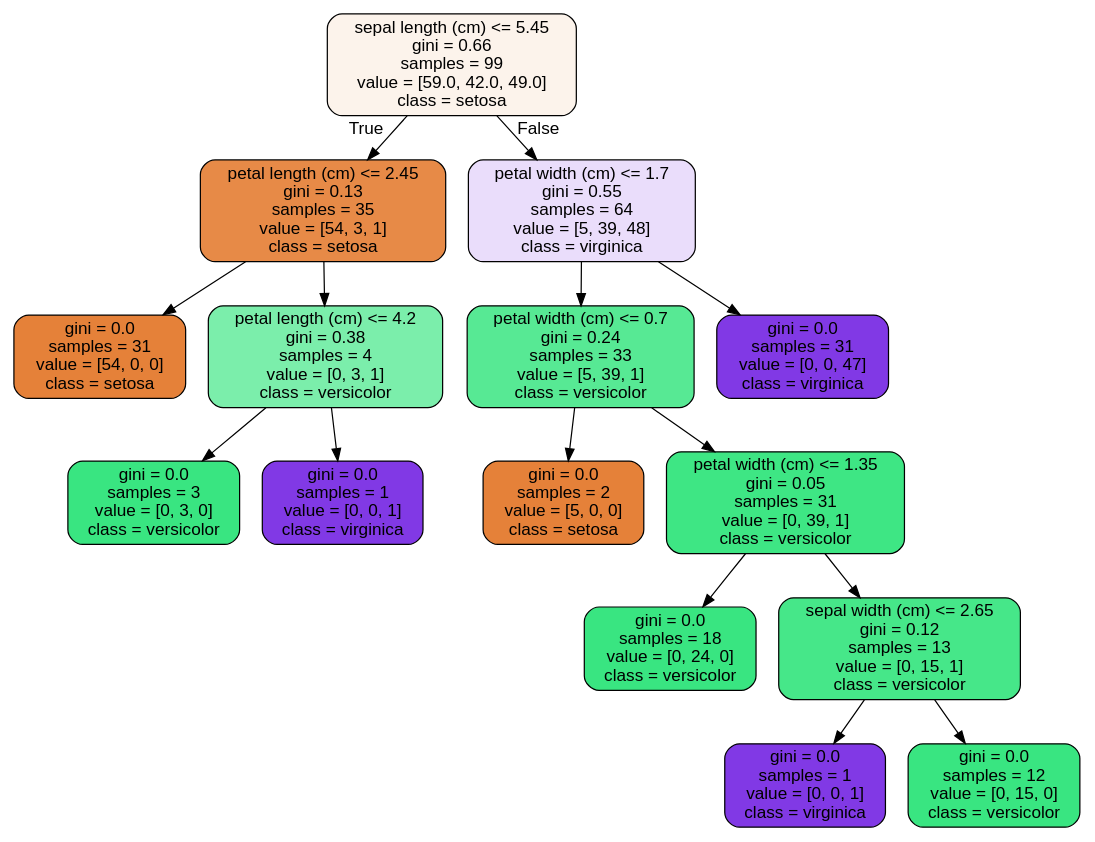
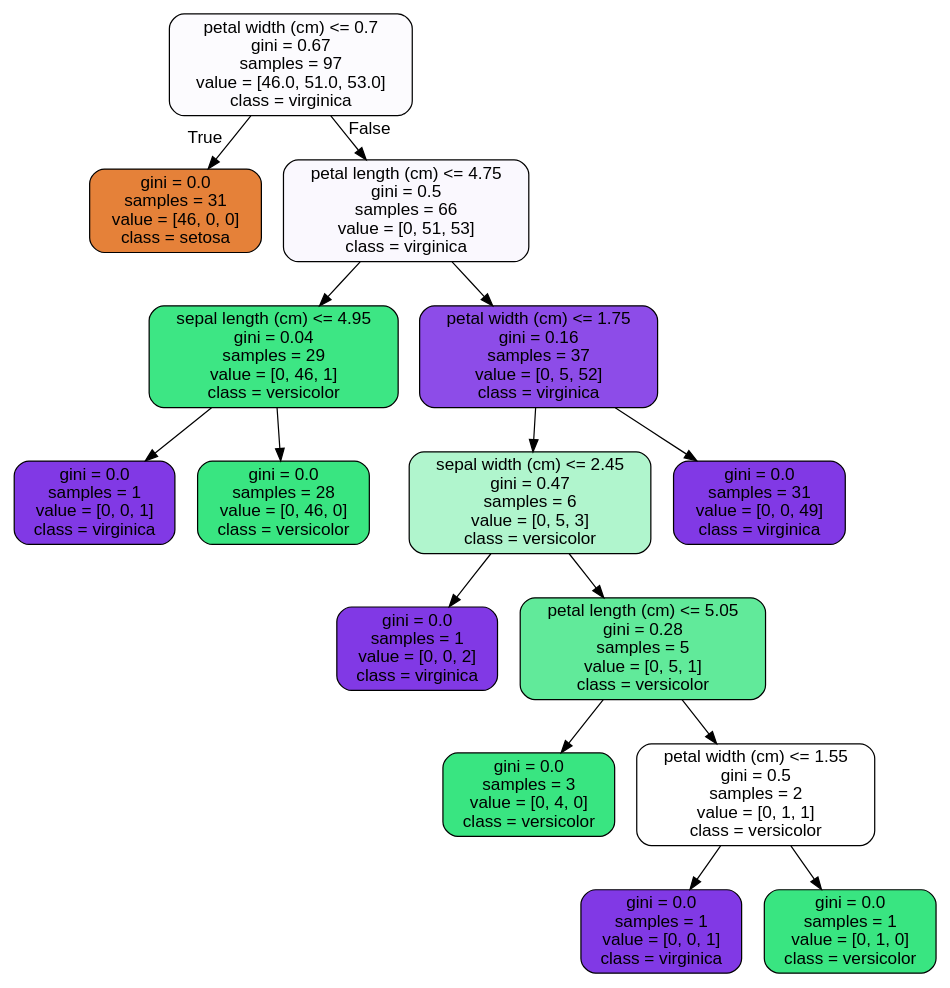
The diagram in RandomForest Covid Case Study_06302020/tree.dot (robertwzhou/springboard), drawn with Graphviz before and after one commit. The commit also changed 2 other files, not shown here.

```diff
--- a/RandomForest Covid Case Study_06302020/tree.dot
+++ b/RandomForest Covid Case Study_06302020/tree.dot
@@ -1,33 +1,33 @@
 digraph Tree {
 node [shape=box, style="filled, rounded", color="black", fontname="helvetica"] ;
 edge [fontname="helvetica"] ;
-0 [label="sepal length (cm) <= 5.45\ngini = 0.66\nsamples = 99\nvalue = [59.0, 42.0, 49.0]\nclass = setosa", fillcolor="#fcf3eb"] ;
-1 [label="petal length (cm) <= 2.45\ngini = 0.13\nsamples = 35\nvalue = [54, 3, 1]\nclass = setosa", fillcolor="#e78a47"] ;
+0 [label="petal width (cm) <= 0.7\ngini = 0.67\nsamples = 97\nvalue = [46.0, 51.0, 53.0]\nclass = virginica", fillcolor="#fcfbfe"] ;
+1 [label="gini = 0.0\nsamples = 31\nvalue = [46, 0, 0]\nclass = setosa", fillcolor="#e58139"] ;
 0 -> 1 [labeldistance=2.5, labelangle=45, headlabel="True"] ;
-2 [label="gini = 0.0\nsamples = 31\nvalue = [54, 0, 0]\nclass = setosa", fillcolor="#e58139"] ;
-1 -> 2 ;
-3 [label="petal length (cm) <= 4.2\ngini = 0.38\nsamples = 4\nvalue = [0, 3, 1]\nclass = versicolor", fillcolor="#7beeab"] ;
-1 -> 3 ;
-4 [label="gini = 0.0\nsamples = 3\nvalue = [0, 3, 0]\nclass = versicolor", fillcolor="#39e581"] ;
+2 [label="petal length (cm) <= 4.75\ngini = 0.5\nsamples = 66\nvalue = [0, 51, 53]\nclass = virginica", fillcolor="#faf8fe"] ;
+0 -> 2 [labeldistance=2.5, labelangle=-45, headlabel="False"] ;
+3 [label="sepal length (cm) <= 4.95\ngini = 0.04\nsamples = 29\nvalue = [0, 46, 1]\nclass = versicolor", fillcolor="#3de684"] ;
+2 -> 3 ;
+4 [label="gini = 0.0\nsamples = 1\nvalue = [0, 0, 1]\nclass = virginica", fillcolor="#8139e5"] ;
 3 -> 4 ;
-5 [label="gini = 0.0\nsamples = 1\nvalue = [0, 0, 1]\nclass = virginica", fillcolor="#8139e5"] ;
+5 [label="gini = 0.0\nsamples = 28\nvalue = [0, 46, 0]\nclass = versicolor", fillcolor="#39e581"] ;
 3 -> 5 ;
-6 [label="petal width (cm) <= 1.7\ngini = 0.55\nsamples = 64\nvalue = [5, 39, 48]\nclass = virginica", fillcolor="#eaddfb"] ;
-0 -> 6 [labeldistance=2.5, labelangle=-45, headlabel="False"] ;
-7 [label="petal width (cm) <= 0.7\ngini = 0.24\nsamples = 33\nvalue = [5, 39, 1]\nclass = versicolor", fillcolor="#57e994"] ;
+6 [label="petal width (cm) <= 1.75\ngini = 0.16\nsamples = 37\nvalue = [0, 5, 52]\nclass = virginica", fillcolor="#8d4ce8"] ;
+2 -> 6 ;
+7 [label="sepal width (cm) <= 2.45\ngini = 0.47\nsamples = 6\nvalue = [0, 5, 3]\nclass = versicolor", fillcolor="#b0f5cd"] ;
 6 -> 7 ;
-8 [label="gini = 0.0\nsamples = 2\nvalue = [5, 0, 0]\nclass = setosa", fillcolor="#e58139"] ;
+8 [label="gini = 0.0\nsamples = 1\nvalue = [0, 0, 2]\nclass = virginica", fillcolor="#8139e5"] ;
 7 -> 8 ;
-9 [label="petal width (cm) <= 1.35\ngini = 0.05\nsamples = 31\nvalue = [0, 39, 1]\nclass = versicolor", fillcolor="#3ee684"] ;
+9 [label="petal length (cm) <= 5.05\ngini = 0.28\nsamples = 5\nvalue = [0, 5, 1]\nclass = versicolor", fillcolor="#61ea9a"] ;
 7 -> 9 ;
-10 [label="gini = 0.0\nsamples = 18\nvalue = [0, 24, 0]\nclass = versicolor", fillcolor="#39e581"] ;
+10 [label="gini = 0.0\nsamples = 3\nvalue = [0, 4, 0]\nclass = versicolor", fillcolor="#39e581"] ;
 9 -> 10 ;
-11 [label="sepal width (cm) <= 2.65\ngini = 0.12\nsamples = 13\nvalue = [0, 15, 1]\nclass = versicolor", fillcolor="#46e789"] ;
+11 [label="petal width (cm) <= 1.55\ngini = 0.5\nsamples = 2\nvalue = [0, 1, 1]\nclass = versicolor", fillcolor="#ffffff"] ;
 9 -> 11 ;
 12 [label="gini = 0.0\nsamples = 1\nvalue = [0, 0, 1]\nclass = virginica", fillcolor="#8139e5"] ;
 11 -> 12 ;
-13 [label="gini = 0.0\nsamples = 12\nvalue = [0, 15, 0]\nclass = versicolor", fillcolor="#39e581"] ;
+13 [label="gini = 0.0\nsamples = 1\nvalue = [0, 1, 0]\nclass = versicolor", fillcolor="#39e581"] ;
 11 -> 13 ;
-14 [label="gini = 0.0\nsamples = 31\nvalue = [0, 0, 47]\nclass = virginica", fillcolor="#8139e5"] ;
+14 [label="gini = 0.0\nsamples = 31\nvalue = [0, 0, 49]\nclass = virginica", fillcolor="#8139e5"] ;
 6 -> 14 ;
 }
```
